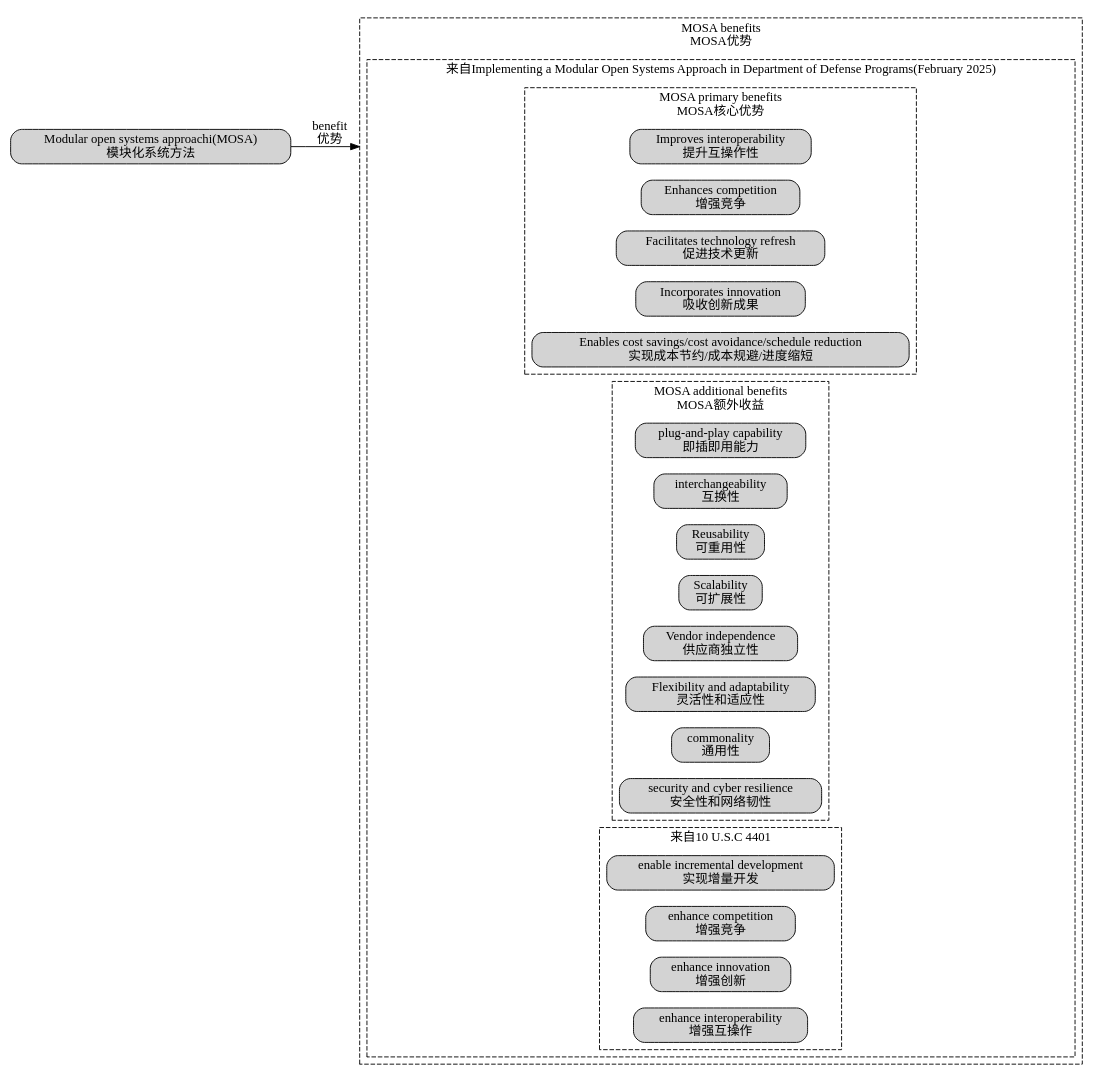
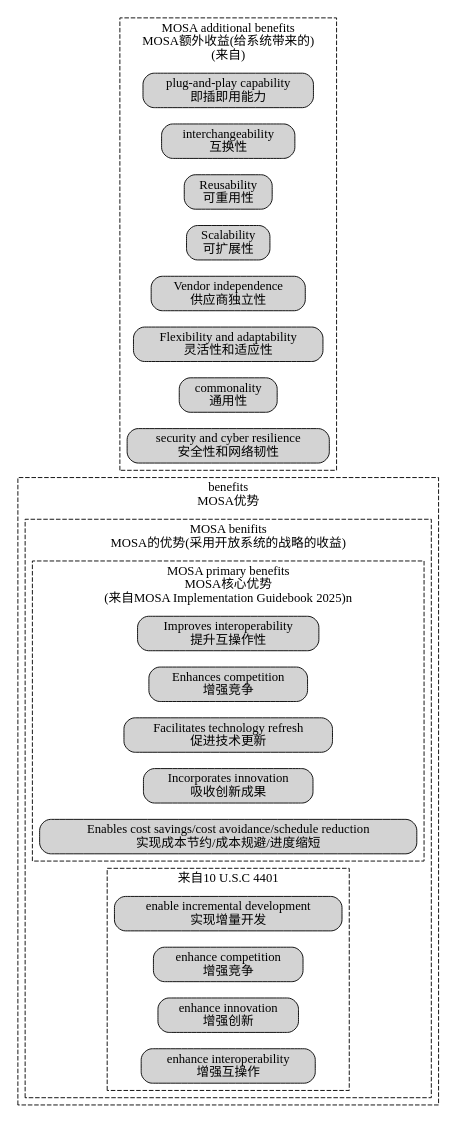
One commit to chaozhang2000/soa changed the diagram in parts/soa_feature_benifits.dot. Above: the diagram before and after it, drawn with Graphviz. The commit also changed 3 other files, not shown here.

```diff
--- a/parts/soa_feature_benifits.dot
+++ b/parts/soa_feature_benifits.dot
@@ -1,44 +1,42 @@
 digraph G {
   graph [rankdir=LR,compound=true];
   node [shape=box, style="rounded,filled"];
-	MOSA_[label="Modular open systems approachi(MOSA)\n模块化系统方法"]
 subgraph cluster_MOSA_benefits{
-	label="MOSA benefits\nMOSA优势"
+	label="benefits\nMOSA优势"
 	style = dashed;
 subgraph cluster_MOSA_benefits1{
-	label="来自Implementing a Modular Open Systems Approach in Department of Defense Programs(February 2025)"
+	label="MOSA benifits\nMOSA的优势(采用开放系统的战略的收益)"
 	style = dashed;
 	
 	subgraph cluster_MOSA_primary_benefits{
-	label="MOSA primary benefits\nMOSA核心优势"
+	label="MOSA primary benefits\nMOSA核心优势\n(来自MOSA Implementation Guidebook 2025)n"
 	style = dashed;
 	MOSA_Benefit1[label="Improves interoperability\n提升互操作性"]
 	MOSA_Benefit2[label="Enhances competition\n增强竞争"]
 	MOSA_Benefit3[label="Facilitates technology refresh\n促进技术更新"]
 	MOSA_Benefit4[label="Incorporates innovation\n吸收创新成果"]
 	MOSA_Benefit5[label="Enables cost savings/cost avoidance/schedule reduction\n实现成本节约/成本规避/进度缩短"]
-	}
-	subgraph cluster_MOSA_additional_benefits{
-	label="MOSA additional benefits\nMOSA额外收益"
-	style = dashed;
-	MOSA_Benefit6[label="plug-and-play capability\n即插即用能力"]
-	MOSA_Benefit7[label="interchangeability\n互换性"]
-	MOSA_Benefit8[label="Reusability\n可重用性"]
-	MOSA_Benefit9[label="Scalability\n可扩展性"]
-	MOSA_Benefit10[label="Vendor independence\n供应商独立性"]
-	MOSA_Benefit11[label="Flexibility and adaptability\n灵活性和适应性"]
-	MOSA_Benefit12[label="commonality\n通用性"]
-	MOSA_Benefit13[label="security and cyber resilience\n安全性和网络韧性"]
 	}
 subgraph cluster_MOSA_benefits2{
 	label="来自10 U.S.C 4401"
 	style = dashed;
 	MOSA_Benefit14[label="enable incremental development\n实现增量开发"]
 	MOSA_Benefit15[label="enhance competition\n增强竞争"]
 	MOSA_Benefit16[label="enhance innovation\n增强创新"]
 	MOSA_Benefit17[label="enhance interoperability\n增强互操作"]
 }
 }
 }
-MOSA_ -> MOSA_Benefit1[label="benefit\n优势",lhead="cluster_MOSA_benefits"]
+	subgraph cluster_MOSA_additional_benefits{
+	label="MOSA additional benefits\nMOSA额外收益(给系统带来的)\n(来自)"
+	style = dashed;
+	MOSA_Benefit6[label="plug-and-play capability\n即插即用能力"]
+	MOSA_Benefit7[label="interchangeability\n互换性"]
+	MOSA_Benefit8[label="Reusability\n可重用性"]
+	MOSA_Benefit9[label="Scalability\n可扩展性"]
+	MOSA_Benefit10[label="Vendor independence\n供应商独立性"]
+	MOSA_Benefit11[label="Flexibility and adaptability\n灵活性和适应性"]
+	MOSA_Benefit12[label="commonality\n通用性"]
+	MOSA_Benefit13[label="security and cyber resilience\n安全性和网络韧性"]
+	}
 }
```
